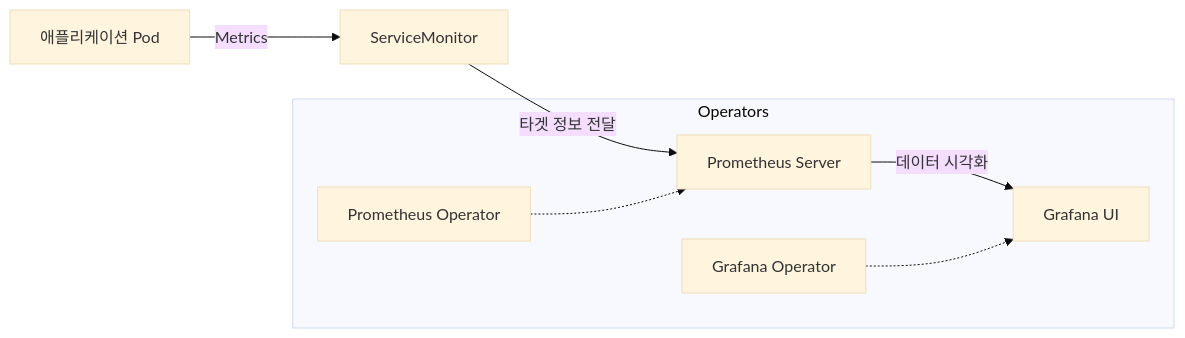
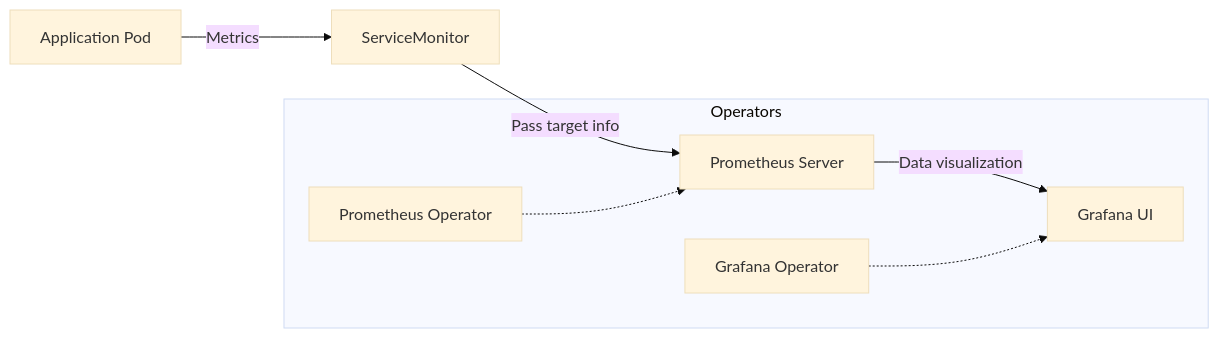
The first of 2 diagrams in content/operator/45-prometheus-grafana-operator-install.md (jeonck/k8s-adv), drawn with Mermaid (base theme) before and after one commit. The commit also changed other lines of this file and 223 other files, not shown here.

````diff
--- a/content/operator/45-prometheus-grafana-operator-install.md
+++ b/content/operator/45-prometheus-grafana-operator-install.md
@@ -25,11 +25,11 @@
 ```mermaid
 graph LR
-    App[애플리케이션 Pod] -- "Metrics" --> SM[ServiceMonitor]
-    SM -- "타겟 정보 전달" --> PROM[Prometheus Server]
-    PROM -- "데이터 시각화" --> GRAF[Grafana UI]
+    App[Application Pod] -- "Metrics" --> SM[ServiceMonitor]
+    SM -- "Pass target info" --> PROM[Prometheus Server]
+    PROM -- "Data visualization" --> GRAF[Grafana UI]
     
     subgraph Operators
     PO[Prometheus Operator] -.-> PROM
     GO[Grafana Operator] -.-> GRAF
     end
 ```
````
